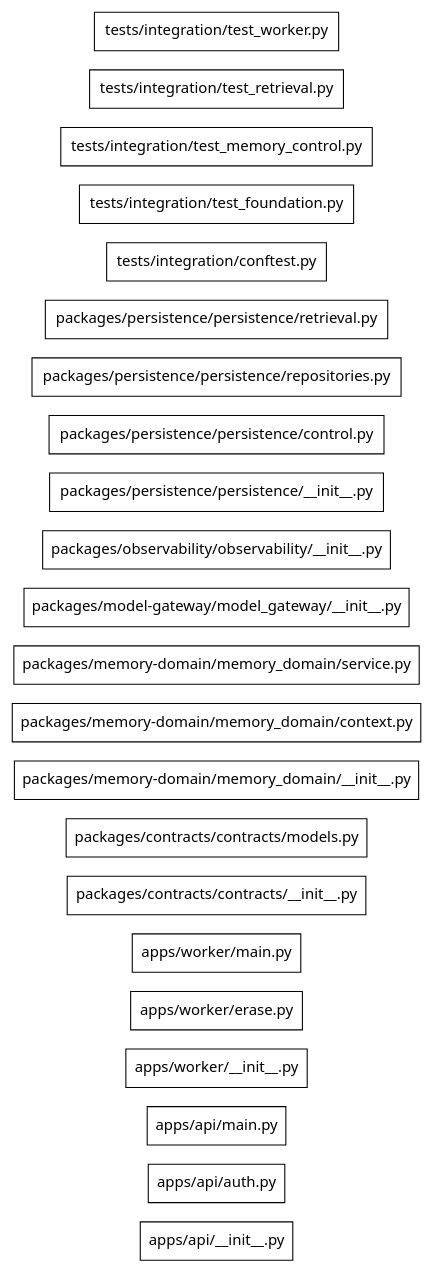
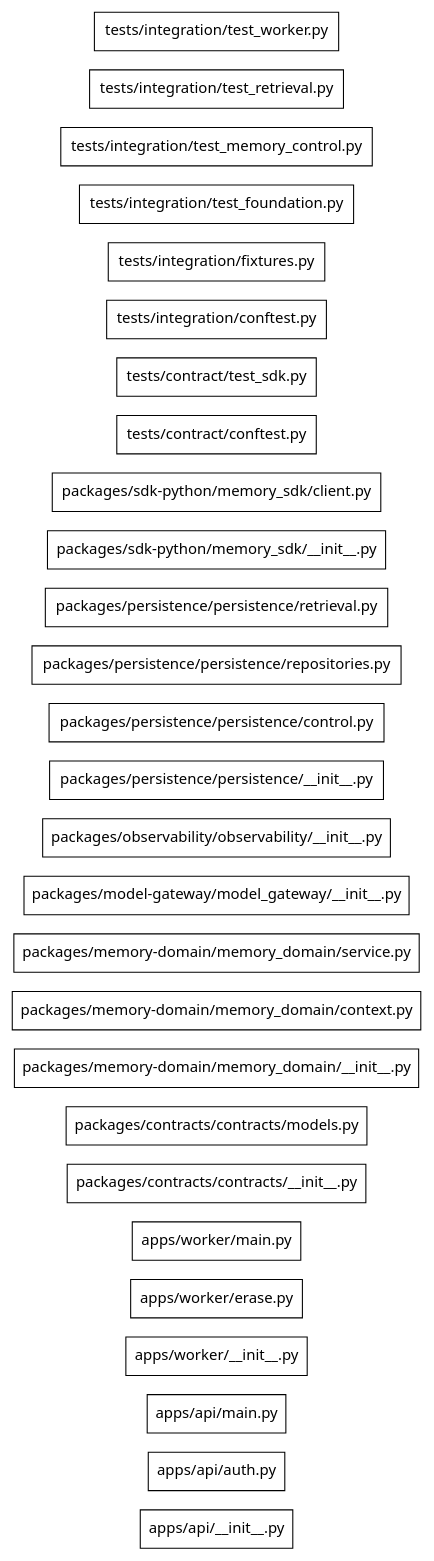
One commit to Samyak-jain7/agent-memory changed the diagram in .genesis/index/graph.dot. Above: the diagram before and after it, drawn with Graphviz. The commit also changed 24 other files, not shown here.

Commit message:
Publish typed Python SDK and verified API contracts

```diff
--- a/.genesis/index/graph.dot
+++ b/.genesis/index/graph.dot
@@ -1,27 +1,32 @@
 digraph genesis {
   rankdir=LR;
   node [shape=box,fontname="system-ui"];
   "file:apps/api/__init__.py" [label="apps/api/__init__.py",class="file"];
   "file:apps/api/auth.py" [label="apps/api/auth.py",class="file"];
   "file:apps/api/main.py" [label="apps/api/main.py",class="file"];
   "file:apps/worker/__init__.py" [label="apps/worker/__init__.py",class="file"];
   "file:apps/worker/erase.py" [label="apps/worker/erase.py",class="file"];
   "file:apps/worker/main.py" [label="apps/worker/main.py",class="file"];
   "file:packages/contracts/contracts/__init__.py" [label="packages/contracts/contracts/__init__.py",class="file"];
   "file:packages/contracts/contracts/models.py" [label="packages/contracts/contracts/models.py",class="file"];
   "file:packages/memory-domain/memory_domain/__init__.py" [label="packages/memory-domain/memory_domain/__init__.py",class="file"];
   "file:packages/memory-domain/memory_domain/context.py" [label="packages/memory-domain/memory_domain/context.py",class="file"];
   "file:packages/memory-domain/memory_domain/service.py" [label="packages/memory-domain/memory_domain/service.py",class="file"];
   "file:packages/model-gateway/model_gateway/__init__.py" [label="packages/model-gateway/model_gateway/__init__.py",class="file"];
   "file:packages/observability/observability/__init__.py" [label="packages/observability/observability/__init__.py",class="file"];
   "file:packages/persistence/persistence/__init__.py" [label="packages/persistence/persistence/__init__.py",class="file"];
   "file:packages/persistence/persistence/control.py" [label="packages/persistence/persistence/control.py",class="file"];
   "file:packages/persistence/persistence/repositories.py" [label="packages/persistence/persistence/repositories.py",class="file"];
   "file:packages/persistence/persistence/retrieval.py" [label="packages/persistence/persistence/retrieval.py",class="file"];
+  "file:packages/sdk-python/memory_sdk/__init__.py" [label="packages/sdk-python/memory_sdk/__init__.py",class="file"];
+  "file:packages/sdk-python/memory_sdk/client.py" [label="packages/sdk-python/memory_sdk/client.py",class="file"];
+  "file:tests/contract/conftest.py" [label="tests/contract/conftest.py",class="file"];
+  "file:tests/contract/test_sdk.py" [label="tests/contract/test_sdk.py",class="file"];
   "file:tests/integration/conftest.py" [label="tests/integration/conftest.py",class="file"];
+  "file:tests/integration/fixtures.py" [label="tests/integration/fixtures.py",class="file"];
   "file:tests/integration/test_foundation.py" [label="tests/integration/test_foundation.py",class="file"];
   "file:tests/integration/test_memory_control.py" [label="tests/integration/test_memory_control.py",class="file"];
   "file:tests/integration/test_retrieval.py" [label="tests/integration/test_retrieval.py",class="file"];
   "file:tests/integration/test_worker.py" [label="tests/integration/test_worker.py",class="file"];
 
 }
```
